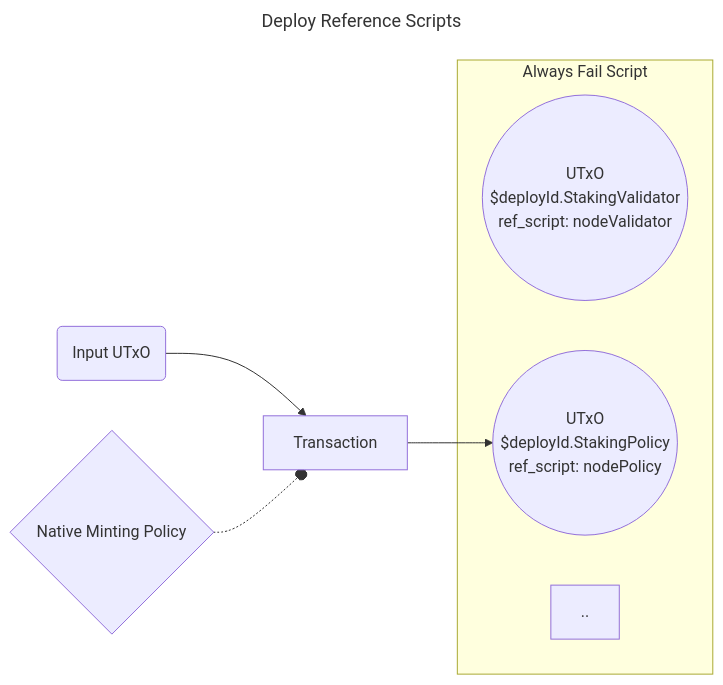
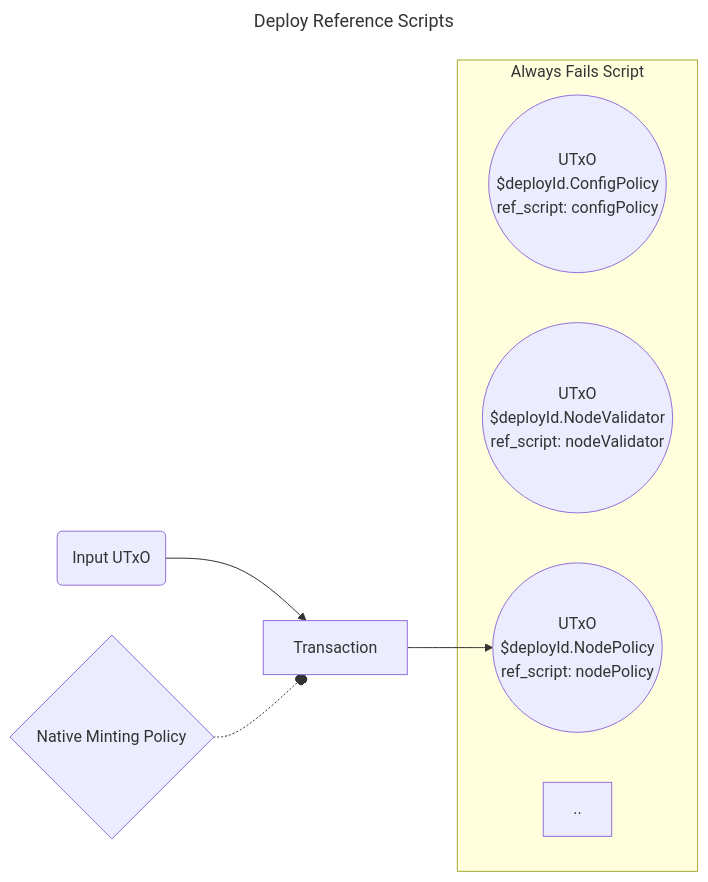
Before and after one commit to Anastasia-Labs/single-asset-staking-offchain: the second of 9 diagrams in README.md, drawn with Mermaid. The commit also changed other lines of this file, not shown here.

````diff
--- a/README.md
+++ b/README.md
@@ -139,20 +100,23 @@
 ```mermaid
 ---
 title: Deploy Reference Scripts
 ---
 graph LR
     I1(Input UTxO)
     TX[ Transaction ]
-    subgraph Always Fail Script
+    subgraph Always Fails Script
     O1(("UTxO
-        $deployId.StakingValidator
+        $deployId.ConfigPolicy
+        ref_script: configPolicy "))
+    O2(("UTxO
+        $deployId.NodeValidator
         ref_script: nodeValidator "))
-    O2(("UTxO
-        $deployId.StakingPolicy
+    O3(("UTxO
+        $deployId.NodePolicy
         ref_script: nodePolicy"))
     ..
     end
     I1 --> TX
     MP{Native Minting Policy} -.-o TX
-    TX --> O2
+    TX --> O3
 ```
````
